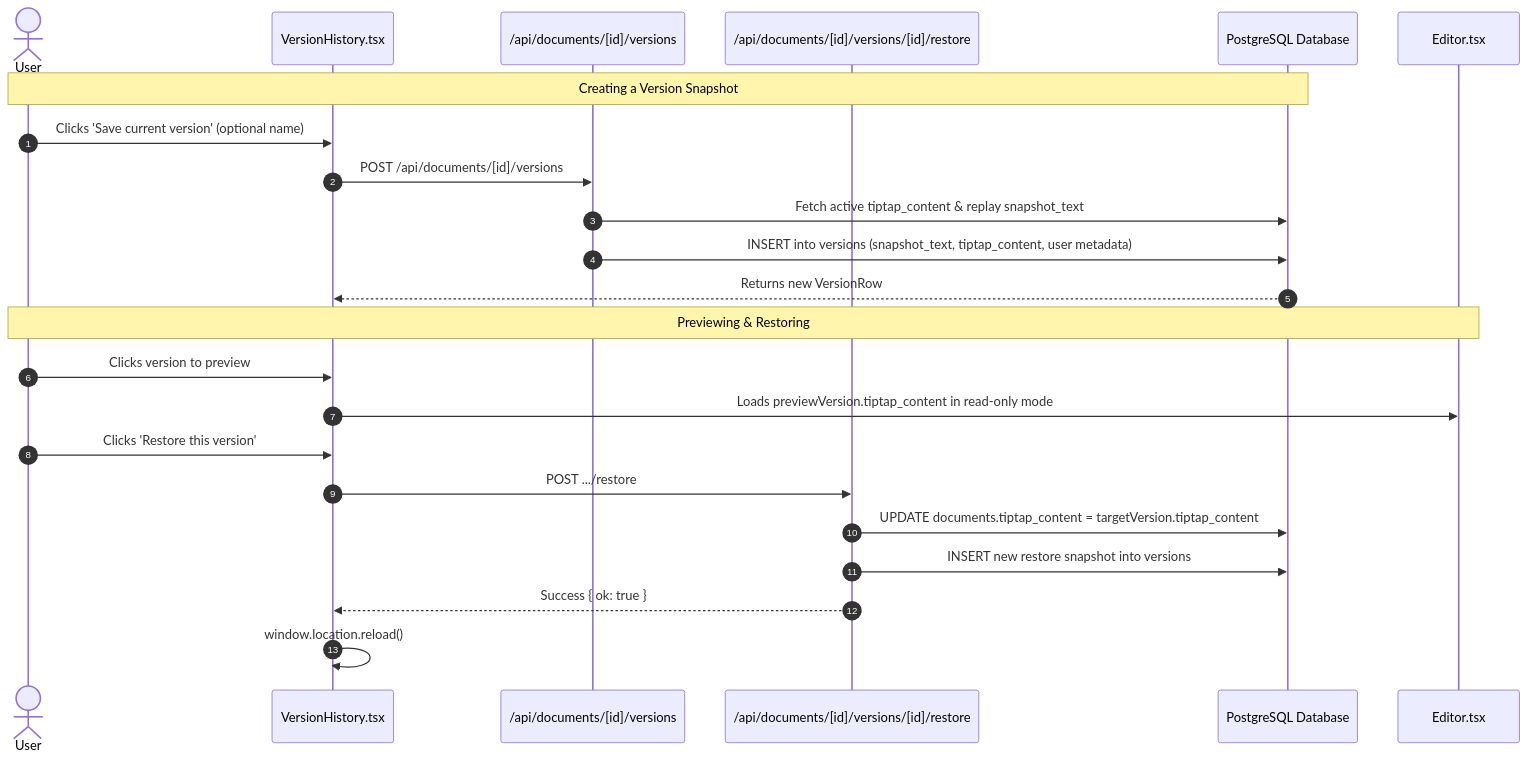
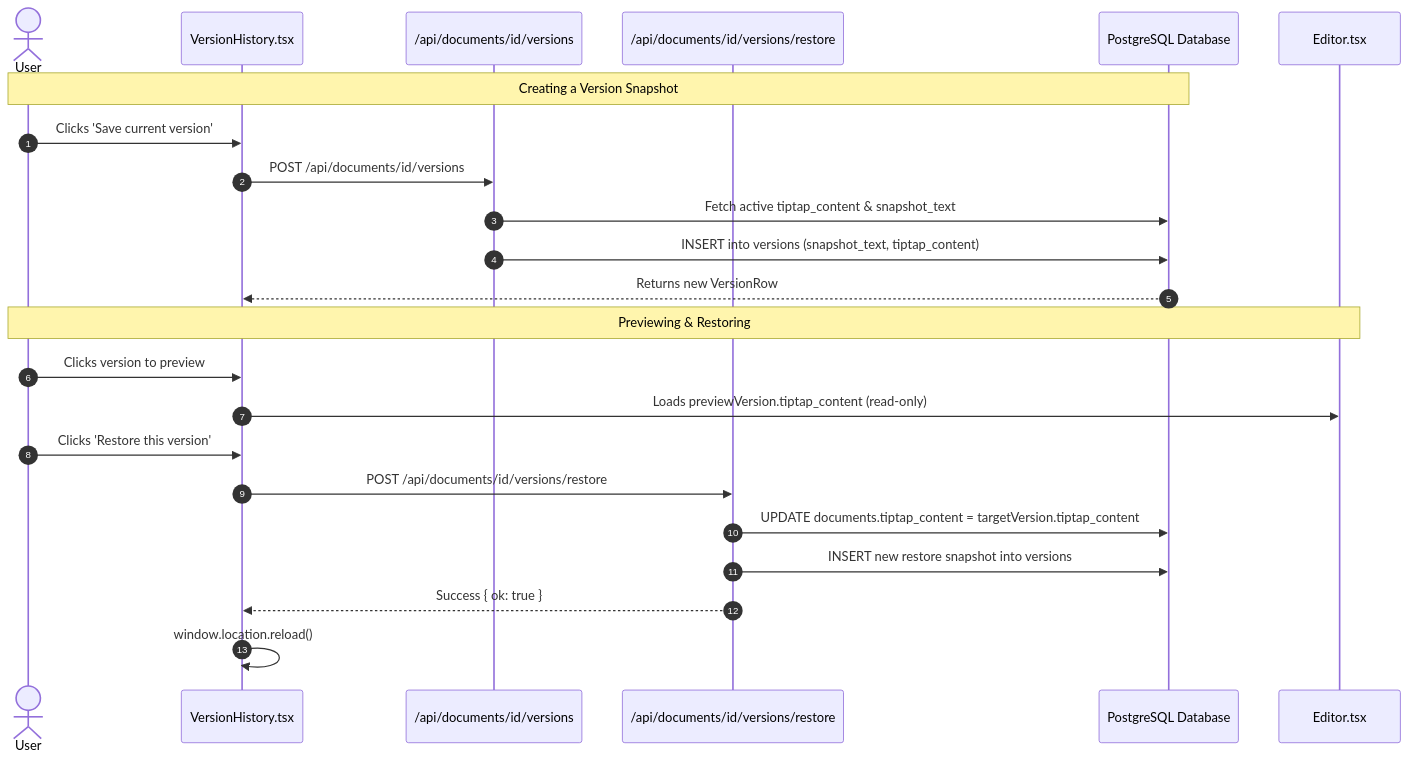
One commit to akkuraina/mergo changed the sixth of 6 diagrams in README.md. Above: the diagram before and after it, drawn with Mermaid. The commit also changed other lines of this file, not shown here.

````diff
--- a/README.md
+++ b/README.md
@@ -362,27 +362,27 @@
 ```mermaid
 sequenceDiagram
     autonumber
     actor User as User
     participant VH as VersionHistory.tsx
-    participant API_V as /api/documents/[id]/versions
-    participant API_R as /api/documents/[id]/versions/[id]/restore
+    participant API_V as /api/documents/id/versions
+    participant API_R as /api/documents/id/versions/restore
     participant DB as PostgreSQL Database
     participant Ed as Editor.tsx
 
     Note over User,DB: Creating a Version Snapshot
-    User->>VH: Clicks 'Save current version' (optional name)
-    VH->>API_V: POST /api/documents/[id]/versions
-    API_V->>DB: Fetch active tiptap_content & replay snapshot_text
-    API_V->>DB: INSERT into versions (snapshot_text, tiptap_content, user metadata)
+    User->>VH: Clicks 'Save current version'
+    VH->>API_V: POST /api/documents/id/versions
+    API_V->>DB: Fetch active tiptap_content & snapshot_text
+    API_V->>DB: INSERT into versions (snapshot_text, tiptap_content)
     DB-->>VH: Returns new VersionRow
 
     Note over User,Ed: Previewing & Restoring
     User->>VH: Clicks version to preview
-    VH->>Ed: Loads previewVersion.tiptap_content in read-only mode
+    VH->>Ed: Loads previewVersion.tiptap_content (read-only)
     User->>VH: Clicks 'Restore this version'
-    VH->>API_R: POST .../restore
+    VH->>API_R: POST /api/documents/id/versions/restore
     API_R->>DB: UPDATE documents.tiptap_content = targetVersion.tiptap_content
     API_R->>DB: INSERT new restore snapshot into versions
     API_R-->>VH: Success { ok: true }
     VH->>VH: window.location.reload()
 ```
````
